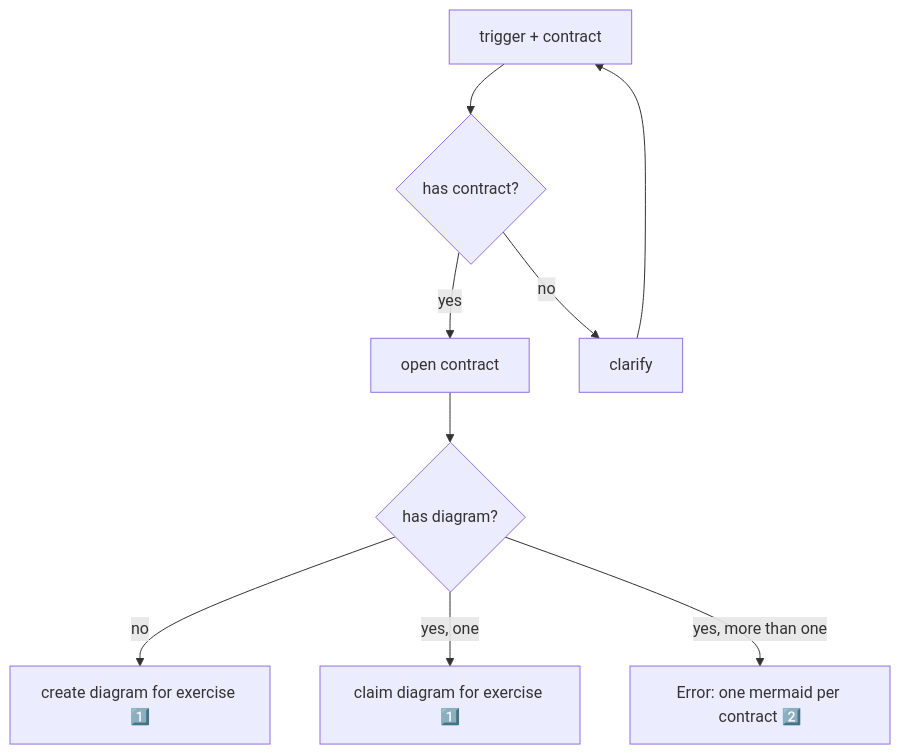
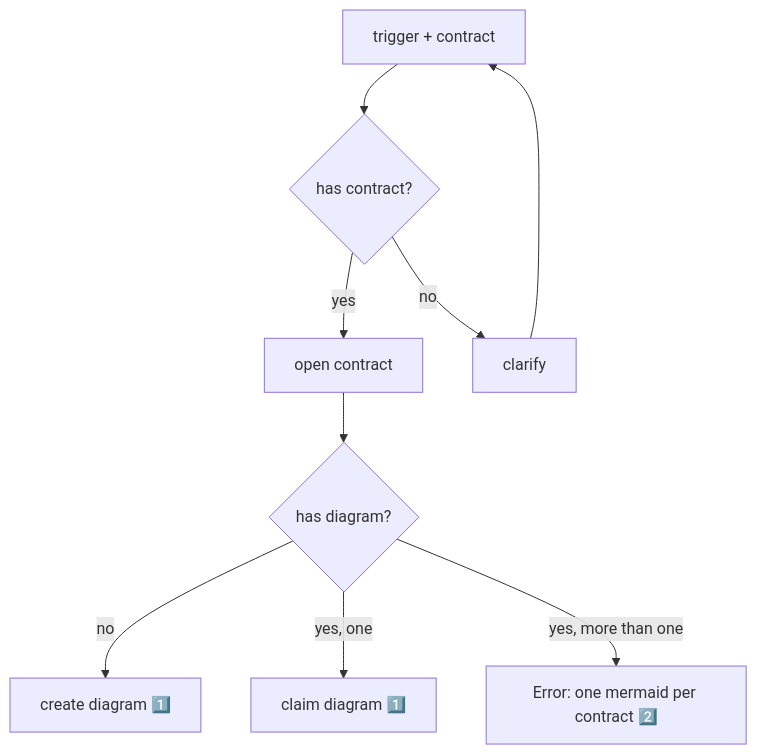
Before and after one commit to nonlinear/skills: the diagram in contract-diagram/SKILL.md, drawn with Mermaid.

Commit message:
Remove 'for exercise' from create/claim nodes

````diff
--- a/contract-diagram/SKILL.md
+++ b/contract-diagram/SKILL.md
@@ -18,21 +18,21 @@
 ```mermaid
 flowchart TD
     TRIGGER["trigger + contract"]
     CHECK_CONTRACT{"has contract?"}
     OPEN["open contract"]
     CLARIFY["clarify"]
     CHECK_DIAGRAM{"has diagram?"}
-    CREATE["create diagram for exercise 1️⃣"]
-    CLAIM["claim diagram for exercise 1️⃣"]
+    CREATE["create diagram 1️⃣"]
+    CLAIM["claim diagram 1️⃣"]
     ERROR["Error: one mermaid per contract 2️⃣"]
     
     TRIGGER --> CHECK_CONTRACT
     CHECK_CONTRACT -->|yes| OPEN
     CHECK_CONTRACT -->|no| CLARIFY
     CLARIFY --> TRIGGER
     
     OPEN --> CHECK_DIAGRAM
     CHECK_DIAGRAM -->|no| CREATE
     CHECK_DIAGRAM -->|yes, one| CLAIM
     CHECK_DIAGRAM -->|yes, more than one| ERROR
 ```
````
